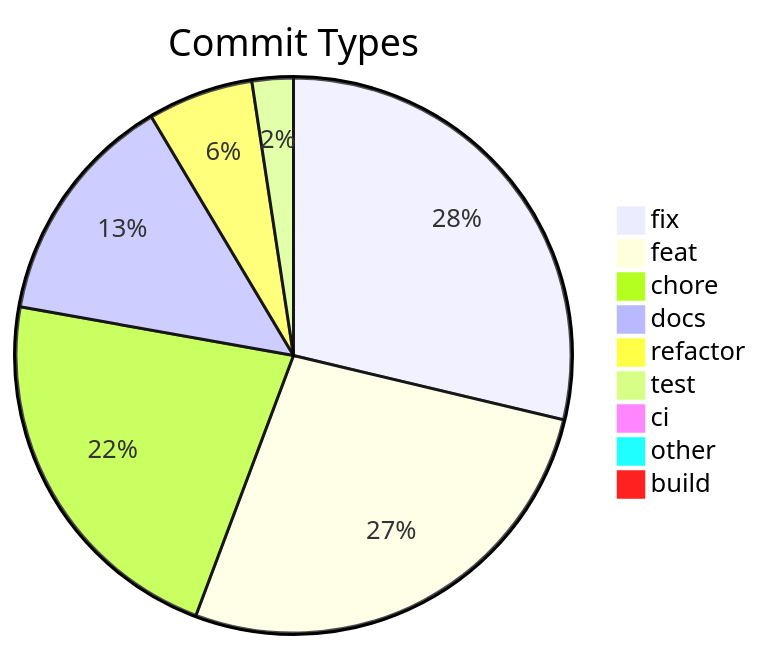
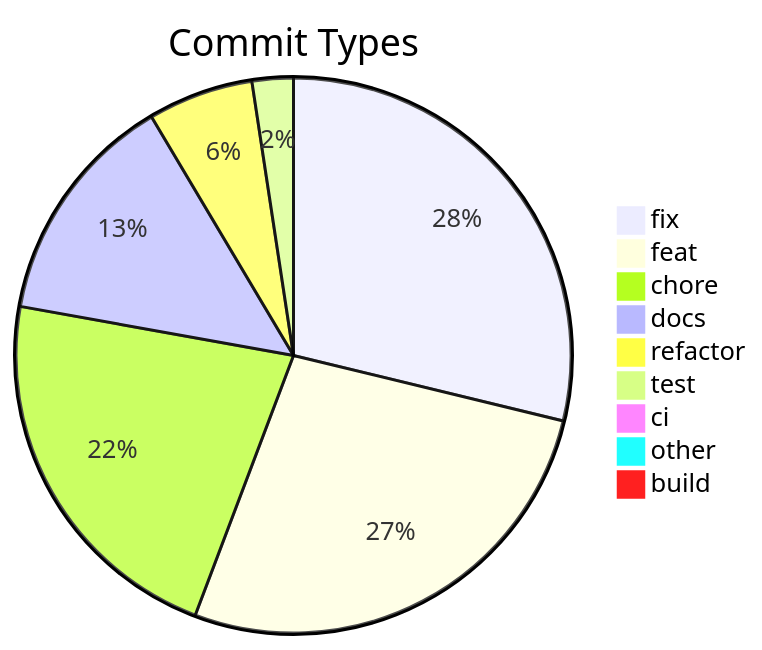
Before and after one commit to svenroth-ai/shipwright: the diagram in .shipwright/compliance/change-history.md, drawn with Mermaid. The commit also changed other lines of this file and 15 other files, not shown here.

````diff
--- a/.shipwright/compliance/change-history.md
+++ b/.shipwright/compliance/change-history.md
@@ -8,12 +8,12 @@
 ```mermaid
 pie title Commit Types
-    "fix" : 299
+    "fix" : 300
     "feat" : 281
     "chore" : 230
     "docs" : 142
     "refactor" : 64
     "test" : 25
     "ci" : 7
     "other" : 7
     "build" : 1
 ```
````
